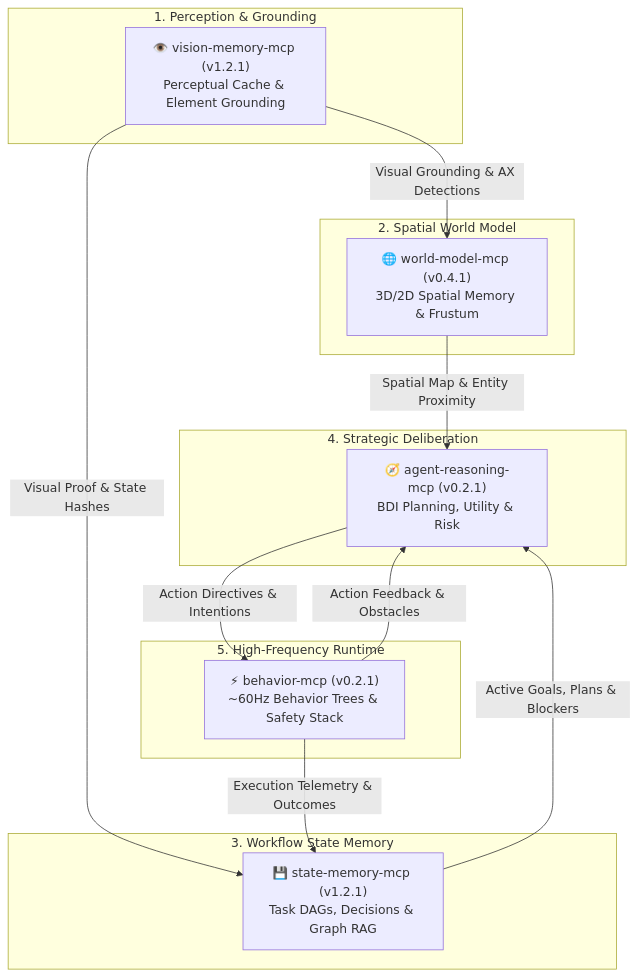
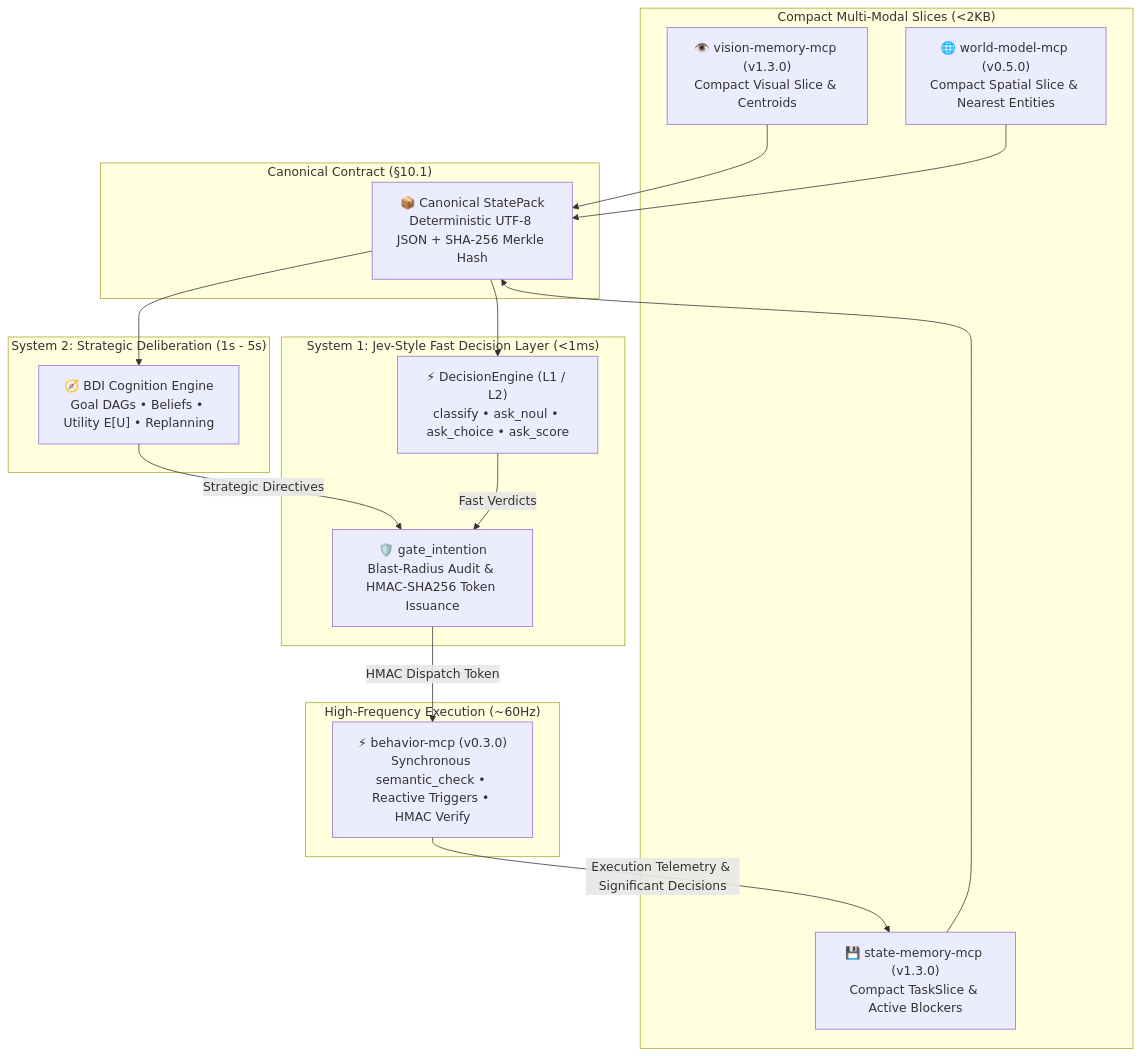
One commit to putervision/.github changed the diagram in profile/README.md. Above: the diagram before and after it, drawn with Mermaid. The commit also changed other lines of this file and 4 other files, not shown here.

````diff
--- a/profile/README.md
+++ b/profile/README.md
@@ -31,30 +41,35 @@
 ```mermaid
 flowchart TD
-    subgraph Perception ["1. Perception & Grounding"]
-        VM["👁️ vision-memory-mcp (v1.2.1)<br/>Perceptual Cache & Element Grounding"]
+    subgraph Slices ["Compact Multi-Modal Slices (<2KB)"]
+        VM["👁️ vision-memory-mcp (v1.3.0)<br/>Compact Visual Slice & Centroids"]
+        WM["🌐 world-model-mcp (v0.5.0)<br/>Compact Spatial Slice & Nearest Entities"]
+        SM["💾 state-memory-mcp (v1.3.0)<br/>Compact TaskSlice & Active Blockers"]
     end
 
-    subgraph Spatial ["2. Spatial World Model"]
-        WM["🌐 world-model-mcp (v0.4.1)<br/>3D/2D Spatial Memory & Frustum"]
+    subgraph StatePackAssembly ["Canonical Contract (§10.1)"]
+        SP["📦 Canonical StatePack<br/>Deterministic UTF-8 JSON + SHA-256 Merkle Hash"]
     end
 
-    subgraph State ["3. Workflow State Memory"]
-        SM["💾 state-memory-mcp (v1.2.1)<br/>Task DAGs, Decisions & Graph RAG"]
+    subgraph System2 ["System 2: Strategic Deliberation (1s - 5s)"]
+        BDI["🧭 BDI Cognition Engine<br/>Goal DAGs • Beliefs • Utility E[U] • Replanning"]
     end
 
-    subgraph Cognition ["4. Strategic Deliberation"]
-        AR["🧭 agent-reasoning-mcp (v0.2.1)<br/>BDI Planning, Utility & Risk"]
+    subgraph System1 ["System 1: Jev-Style Fast Decision Layer (<1ms)"]
+        DE["⚡ DecisionEngine (L1 / L2)<br/>classify • ask_noul • ask_choice • ask_score"]
+        IG["🛡️ gate_intention<br/>Blast-Radius Audit & HMAC-SHA256 Token Issuance"]
     end
 
-    subgraph Execution ["5. High-Frequency Runtime"]
-        BM["⚡ behavior-mcp (v0.2.1)<br/>~60Hz Behavior Trees & Safety Stack"]
+    subgraph Runtime ["High-Frequency Execution (~60Hz)"]
+        BM["⚡ behavior-mcp (v0.3.0)<br/>Synchronous semantic_check • Reactive Triggers • HMAC Verify"]
     end
 
-    VM -->|Visual Grounding & AX Detections| WM
-    VM -->|Visual Proof & State Hashes| SM
-    WM -->|Spatial Map & Entity Proximity| AR
-    SM -->|Active Goals, Plans & Blockers| AR
-    AR -->|Action Directives & Intentions| BM
-    BM -->|Execution Telemetry & Outcomes| SM
-    BM -->|Action Feedback & Obstacles| AR
+    VM --> SP
+    WM --> SP
+    SM --> SP
+    SP --> BDI
+    SP --> DE
+    BDI -->|Strategic Directives| IG
+    DE -->|Fast Verdicts| IG
+    IG -->|HMAC Dispatch Token| BM
+    BM -->|Execution Telemetry & Significant Decisions| SM
 ```
````
